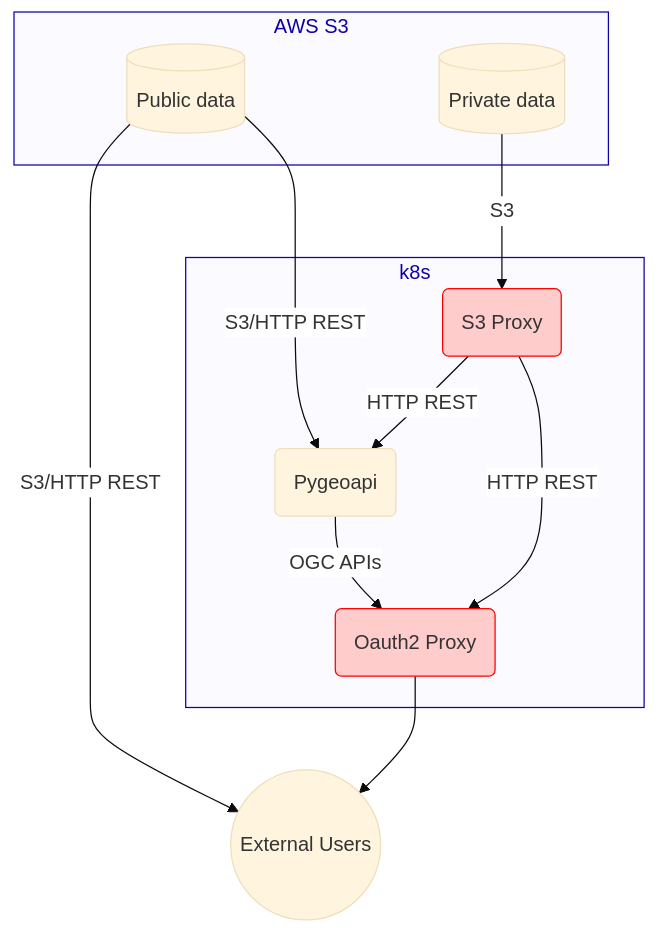
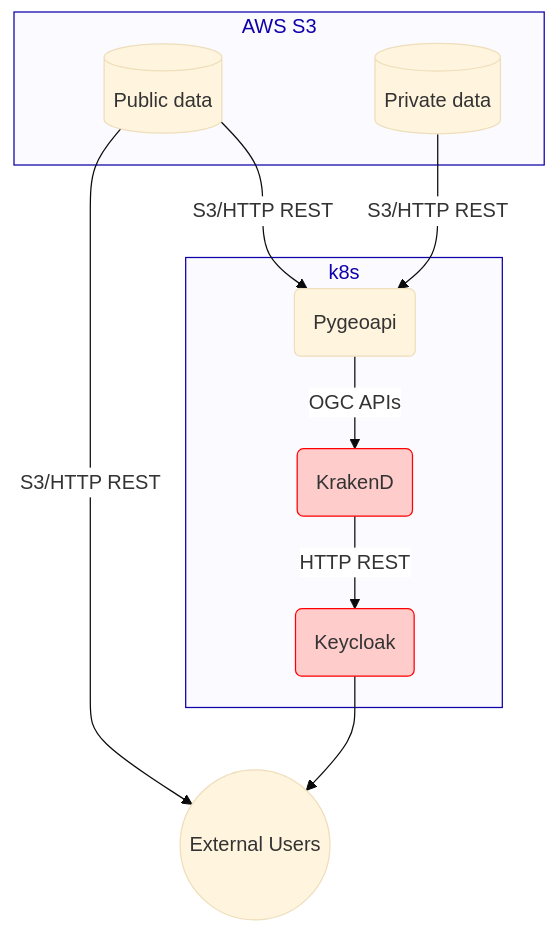
The diagram in docs/architecture/components/data-system.md (gbr-dms/rimrep-documentation), drawn with Mermaid before and after one commit. The commit also changed other lines of this file, not shown here.

First line of the commit message:
Update data-system.md

````diff
--- a/docs/architecture/components/data-system.md
+++ b/docs/architecture/components/data-system.md
@@ -14,38 +14,38 @@
 ```mermaid
 %%{
   init: {
     'theme': 'base',
     'themeVariables': {
       'edgeLabelBackground': '#ffffff',
       'tertiaryTextColor': '#0f00aa',
       'clusterBkg': '#fafaff',
       'clusterBorder': '#0f00aa'
     }
   }
 }%%
 
 flowchart TB
   classDef red fill:#ffcccc,stroke:#ff0000;
 
   subgraph "AWS S3"
     public_data_storage[(Public data)]
     private_data_storage[(Private data)]
   end
 
   subgraph "k8s"
 
     data_api(Pygeoapi)
-    s3_proxy(S3 Proxy):::red
-    oauth2_proxy(Oauth2 Proxy):::red
+    krakend(KrakenD):::red
+    keycloak(Keycloak):::red
   end
 
   external_users((External Users))
 
   public_data_storage -->|S3/HTTP REST| data_api & external_users
-  data_api -->|OGC APIs| oauth2_proxy
+  data_api -->|OGC APIs| krakend
 
-  private_data_storage -->|S3| s3_proxy
-  s3_proxy -->|HTTP REST| data_api & oauth2_proxy
+  private_data_storage -->|S3/HTTP REST| data_api
+  krakend -->|HTTP REST| keycloak
 
-  oauth2_proxy --> external_users
+  keycloak --> external_users
 ```
````
